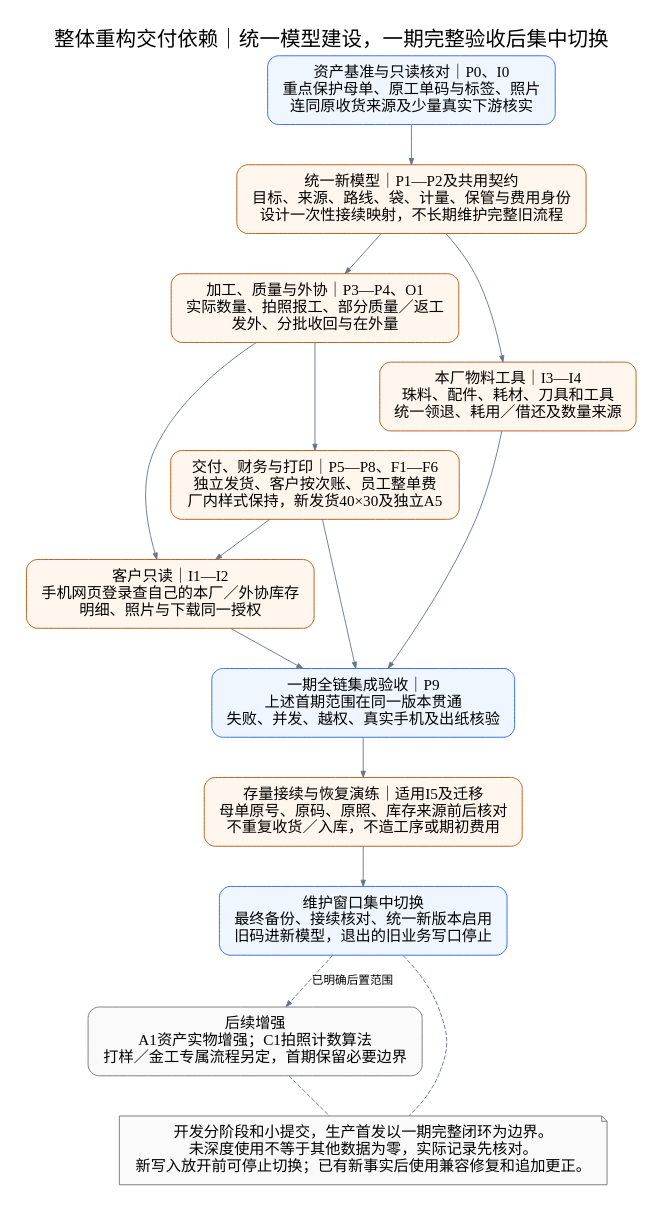
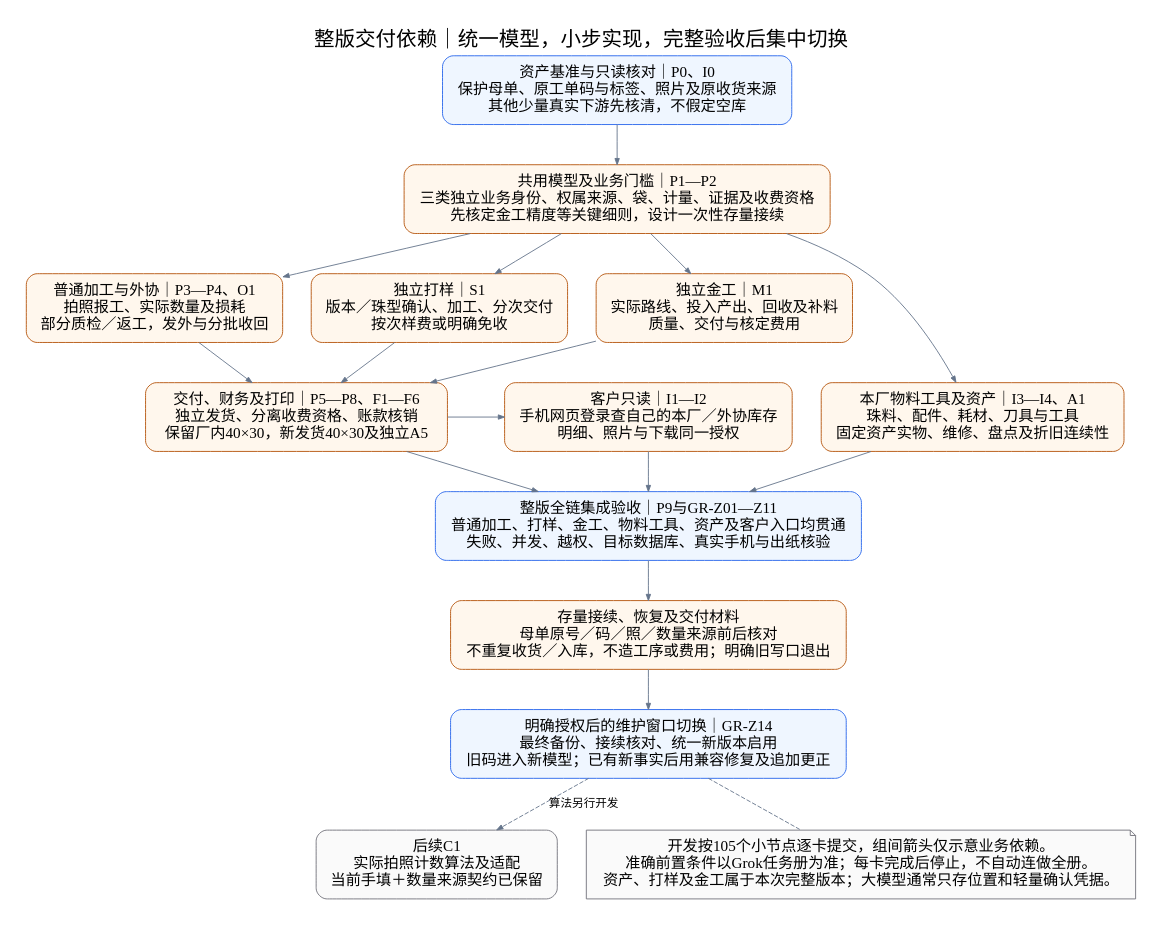
Before and after one commit to sxliuchen-hash/zhubao-ERP: the diagram in docs/diagrams/refactor-master/02-delivery-roadmap.dot, drawn with Graphviz. The commit also changed 25 other files, not shown here.

```diff
--- a/docs/diagrams/refactor-master/02-delivery-roadmap.dot
+++ b/docs/diagrams/refactor-master/02-delivery-roadmap.dot
@@ -1,22 +1,26 @@
 digraph G {
- graph [fontname="SimSun",fontsize=23,label="整体重构交付依赖｜统一模型建设，一期完整验收后集中切换",labelloc=t,rankdir=TB,bgcolor="white",pad="0.3",nodesep="0.5",ranksep="0.6"];
+ graph [fontname="SimSun",fontsize=23,label="整版交付依赖｜统一模型，小步实现，完整验收后集中切换",labelloc=t,rankdir=TB,bgcolor="white",pad="0.3",nodesep="0.45",ranksep="0.6"];
  node [fontname="SimSun",fontsize=17,shape=box,style="rounded,filled",color="#b45309",fillcolor="#fff7ed",margin="0.2,0.14"];
  edge [fontname="SimSun",fontsize=13,color="#64748b",arrowsize=0.7];
- assets [label="资产基准与只读核对｜P0、I0\n重点保护母单、原工单码与标签、照片\n连同原收货来源及少量真实下游核实",color="#2563eb",fillcolor="#eff6ff"];
- model [label="统一新模型｜P1—P2及共用契约\n目标、来源、路线、袋、计量、保管与费用身份\n设计一次性接续映射，不长期维护完整旧流程"];
- production [label="加工、质量与外协｜P3—P4、O1\n实际数量、拍照报工、部分质量／返工\n发外、分批收回与在外量"];
- delivery [label="交付、财务与打印｜P5—P8、F1—F6\n独立发货、客户按次账、员工整单费\n厂内样式保持，新发货40×30及独立A5"];
- factory [label="本厂物料工具｜I3—I4\n珠料、配件、耗材、刀具和工具\n统一领退、耗用／借还及数量来源"];
+ baseline [label="资产基准与只读核对｜P0、I0\n保护母单、原工单码与标签、照片及原收货来源\n其他少量真实下游先核清，不假定空库",color="#2563eb",fillcolor="#eff6ff"];
+ model [label="共用模型及业务门槛｜P1—P2\n三类独立业务身份、权属来源、袋、计量、证据及收费资格\n先核定金工精度等关键细则，设计一次性存量接续"];
+ normal [label="普通加工与外协｜P3—P4、O1\n拍照报工、实际数量及损耗\n部分质检／返工，发外与分批收回"];
+ sampling [label="独立打样｜S1\n版本／珠型确认、加工、分次交付\n按次样费或明确免收"];
+ gold [label="独立金工｜M1\n实际路线、投入产出、回收及补料\n质量、交付与核定费用"];
+ {rank=same;normal;sampling;gold;}
+ delivery [label="交付、财务及打印｜P5—P8、F1—F6\n独立发货、分离收费资格、账款核销\n保留厂内40×30，新发货40×30及独立A5"];
+ factory [label="本厂物料工具及资产｜I3—I4、A1\n珠料、配件、耗材、刀具与工具\n固定资产实物、维修、盘点及折旧连续性"];
  customer [label="客户只读｜I1—I2\n手机网页登录查自己的本厂／外协库存\n明细、照片与下载同一授权"];
- integration [label="一期全链集成验收｜P9\n上述首期范围在同一版本贯通\n失败、并发、越权、真实手机及出纸核验",color="#2563eb",fillcolor="#eff6ff"];
- rehearsal [label="存量接续与恢复演练｜适用I5及迁移\n母单原号、原码、原照、库存来源前后核对\n不重复收货／入库，不造工序或期初费用"];
- cutover [label="维护窗口集中切换\n最终备份、接续核对、统一新版本启用\n旧码进新模型，退出的旧业务写口停止",color="#2563eb",fillcolor="#eff6ff"];
- future [label="后续增强\nA1资产实物增强；C1拍照计数算法\n打样／金工专属流程另定，首期保留必要边界",color="#71717a",fillcolor="#fafafa"];
- note [shape=note,label="开发分阶段和小提交，生产首发以一期完整闭环为边界。\n未深度使用不等于其他数据为零，实际记录先核对。\n新写入放开前可停止切换；已有新事实后使用兼容修复和追加更正。",color="#71717a",fillcolor="#fafafa"];
- assets -> model;model -> production;model -> factory;
- production -> delivery;production -> customer;delivery -> customer;
- delivery -> integration;factory -> integration;customer -> integration;
+ {rank=same;delivery;factory;customer;}
+ integration [label="整版全链集成验收｜P9与GR-Z01—Z11\n普通加工、打样、金工、物料工具、资产及客户入口均贯通\n失败、并发、越权、目标数据库、真实手机与出纸核验",color="#2563eb",fillcolor="#eff6ff"];
+ rehearsal [label="存量接续、恢复及交付材料\n母单原号／码／照／数量来源前后核对\n不重复收货／入库，不造工序或费用；明确旧写口退出"];
+ cutover [label="明确授权后的维护窗口切换｜GR-Z14\n最终备份、接续核对、统一新版本启用\n旧码进入新模型；已有新事实后用兼容修复及追加更正",color="#2563eb",fillcolor="#eff6ff"];
+ future [label="后续C1\n实际拍照计数算法及适配\n当前手填＋数量来源契约已保留",color="#71717a",fillcolor="#fafafa"];
+ note [shape=note,label="开发按105个小节点逐卡提交，组间箭头仅示意业务依赖。\n准确前置条件以Grok任务册为准；每卡完成后停止，不自动连做全册。\n资产、打样及金工属于本次完整版本；大模型通常只存位置和轻量确认凭据。",color="#71717a",fillcolor="#fafafa"];
+ baseline -> model;model -> normal;model -> sampling;model -> gold;model -> factory;
+ normal -> delivery;sampling -> delivery;gold -> delivery;
+ delivery -> customer;delivery -> integration;factory -> integration;customer -> integration;
  integration -> rehearsal;rehearsal -> cutover;
- cutover -> future [style=dashed,label="已明确后置范围"];
- cutover -> note [style=dashed,arrowhead=none];future -> note [style=dashed,arrowhead=none];
+ cutover -> future [style=dashed,label="算法另行开发"];
+ cutover -> note [style=dashed,arrowhead=none];
 }
```
